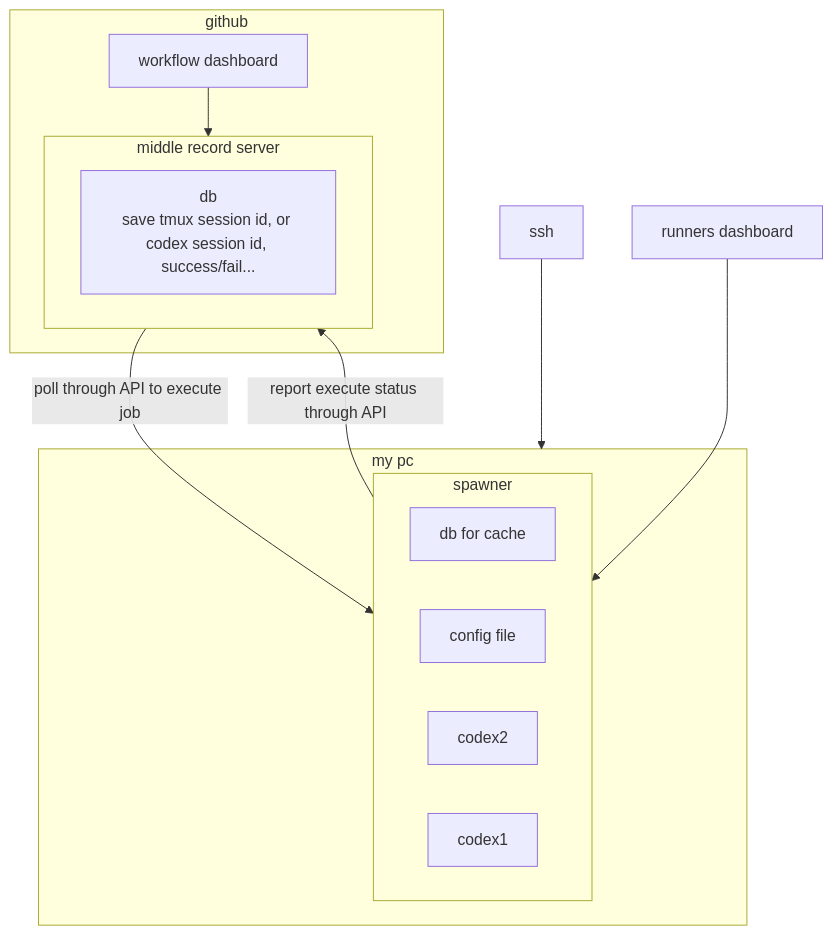
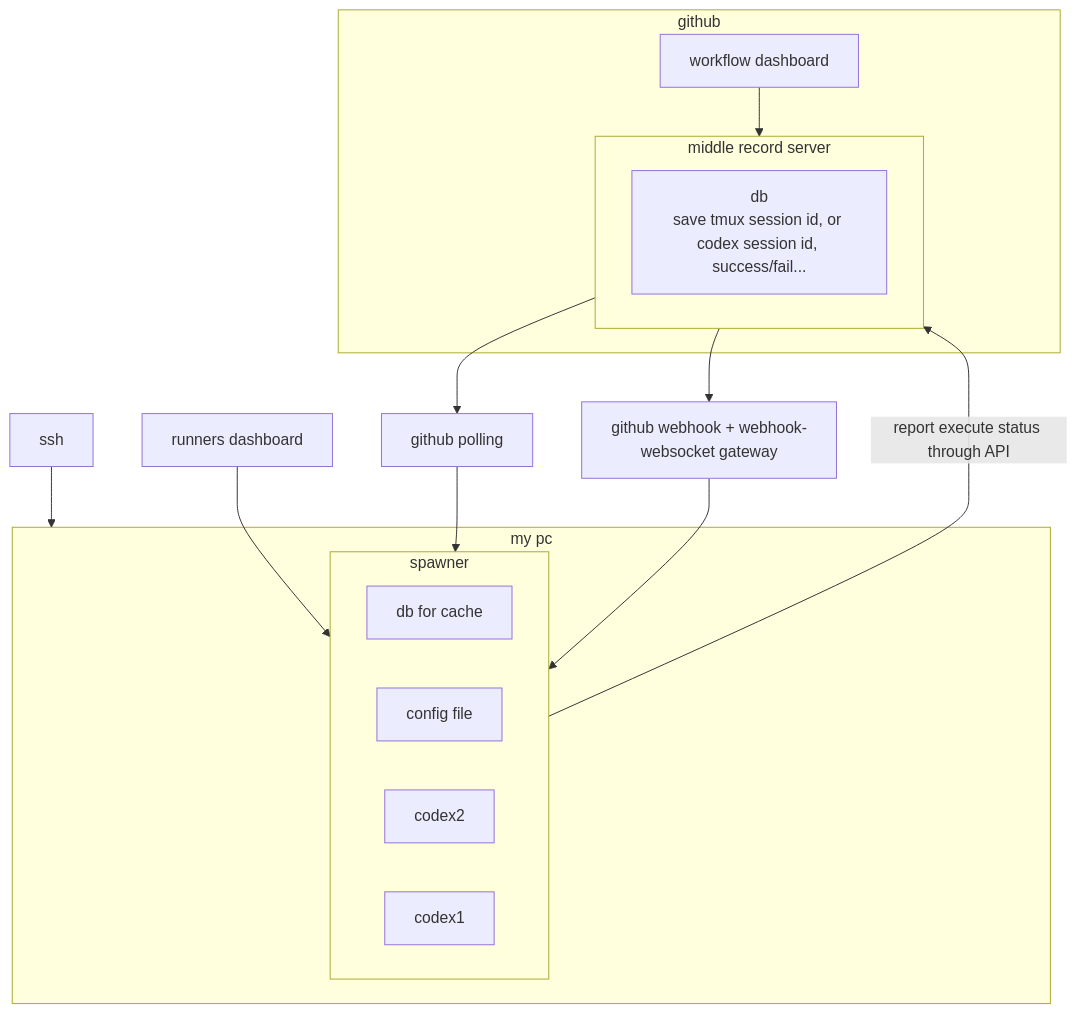
Before and after one commit to existedinnettw/code_work_spawner: the second of 2 diagrams in docs/arch.md, drawn with Mermaid. The commit also changed other lines of this file and 20 other files, not shown here.

````diff
--- a/docs/arch.md
+++ b/docs/arch.md
@@ -59,35 +59,42 @@
 ```mermaid
 flowchart
 	s2
 	s2
 	s2
 	s2
 	s2
 	n3["ssh"]
 	subgraph s3["my pc"]
 		subgraph s4["spawner"]
 			n7["db for cache"]
 			n6["config file"]
 			n2["codex2"]
 			n5["codex1"]
 		end
 	end
 	s2
 	s2
 	s2
 	s2
 	n3 --> s3
-	s2 -->|"poll through API to execute job"| s4
+	s2
+	s4
 	s4 -->|"report execute status through API"| s2
 	n1@{ label: "Rectangle" }
 	n1["runners dashboard"]
 	s3
 	n1 --> s4
 	subgraph s5["github"]
 		subgraph s2["middle record server"]
 			n4["db<br>save tmux session id, or codex session id, success/fail..."]
 		end
 		s1["workflow dashboard"]
 	end
 	s1 --> s2
+	n8["github polling"]
+	n9["github webhook + webhook-websocket gateway"]
+	s2 --> n8
+	n8 --> s4
+	s2 --> n9
+	n9 --> s4
 ```
````
